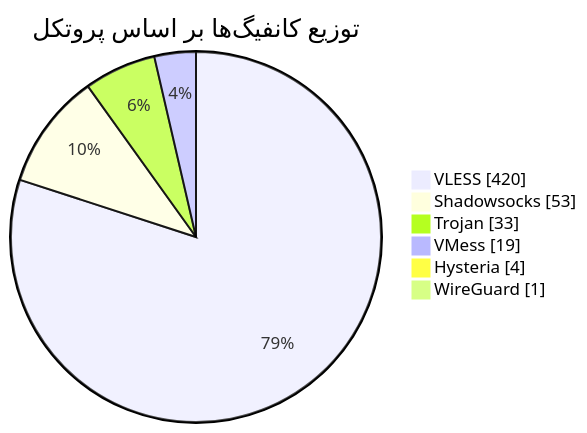
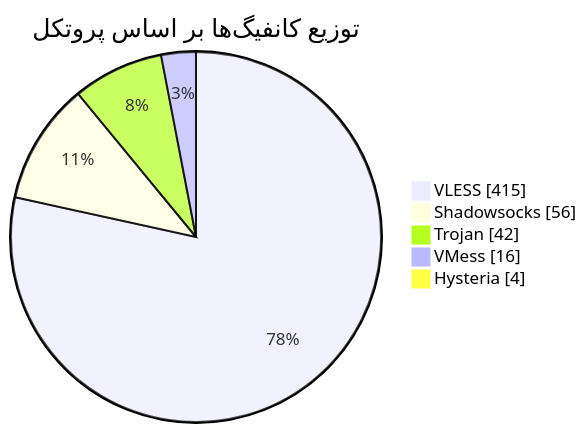
One commit to Arian-Alijani/Somthing changed the diagram in README.md. Above: the diagram before and after it, drawn with Mermaid. The commit also changed other lines of this file and 71 other files, not shown here.

````diff
--- a/README.md
+++ b/README.md
@@ -48,10 +47,9 @@
 ```mermaid
 pie showData
     title توزیع کانفیگ‌ها بر اساس پروتکل
-    "VLESS" : 420
-    "Shadowsocks" : 53
-    "Trojan" : 33
-    "VMess" : 19
+    "VLESS" : 415
+    "Shadowsocks" : 56
+    "Trojan" : 42
+    "VMess" : 16
     "Hysteria" : 4
-    "WireGuard" : 1
 ```
````
